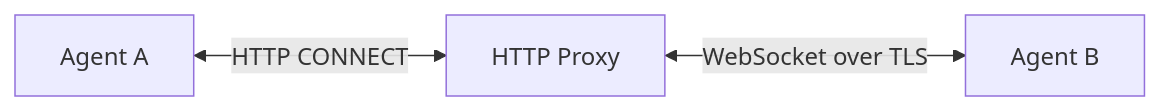
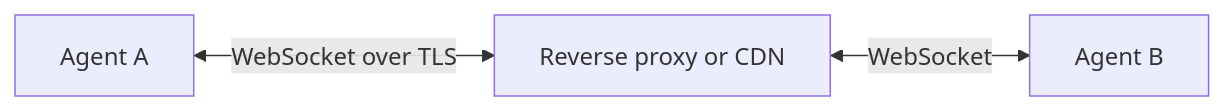
The third of 4 diagrams in docs/docs/concepts/transports.md (Muti-Metroo/Muti-Metroo), drawn with Mermaid before and after one commit. The commit also changed other lines of this file and 11 other files, not shown here.

````diff
--- a/docs/docs/concepts/transports.md
+++ b/docs/docs/concepts/transports.md
@@ -67,5 +67,5 @@
 ```mermaid
 flowchart LR
-    A[Agent A] <-->|"HTTP CONNECT"| Proxy[HTTP Proxy]
-    Proxy <-->|"WebSocket over TLS"| B[Agent B]
+    A[Agent A] <-->|"WebSocket over TLS"| RP[Reverse proxy or CDN]
+    RP <-->|"WebSocket"| B[Agent B]
 ```
````
